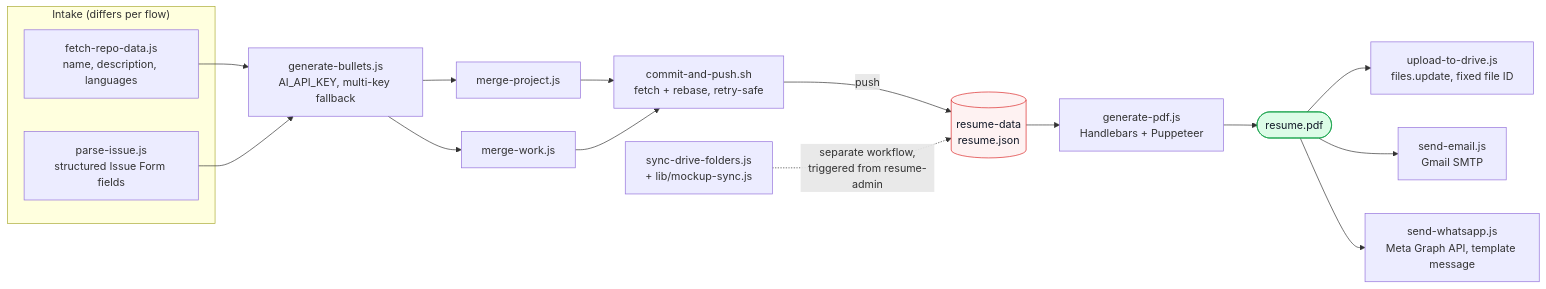
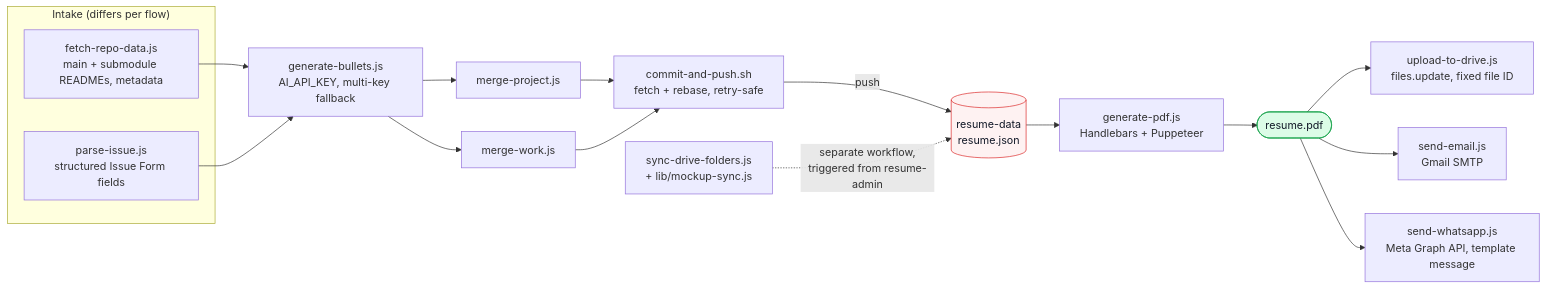
One commit to ChamathDilshanC/resume-core changed the second of 2 diagrams in README.md. Above: the diagram before and after it, drawn with Mermaid. The commit also changed other lines of this file and 16 other files, not shown here.

````diff
--- a/README.md
+++ b/README.md
@@ -67,29 +67,29 @@
 ```mermaid
 flowchart LR
     subgraph INTAKE["Intake (differs per flow)"]
-        FR["fetch-repo-data.js<br/>name, description, languages"]
+        FR["fetch-repo-data.js<br/>main + submodule READMEs, metadata"]
         PI["parse-issue.js<br/>structured Issue Form fields"]
     end
 
     FR --> GB["generate-bullets.js<br/>AI_API_KEY, multi-key fallback"]
     PI --> GB
 
     GB --> MP["merge-project.js"]
     GB --> MW["merge-work.js"]
 
     MP --> CP["commit-and-push.sh<br/>fetch + rebase, retry-safe"]
     MW --> CP
     CP -->|push| DATA[("resume-data<br/>resume.json")]
 
     DATA --> GEN["generate-pdf.js<br/>Handlebars + Puppeteer"]
     GEN --> PDF(["resume.pdf"])
 
     PDF --> UP["upload-to-drive.js<br/>files.update, fixed file ID"]
     PDF --> EM["send-email.js<br/>Gmail SMTP"]
     PDF --> WA["send-whatsapp.js<br/>Meta Graph API, template message"]
 
     SDF["sync-drive-folders.js<br/>+ lib/mockup-sync.js"] -.->|"separate workflow,<br/>triggered from resume-admin"| DATA
 
     style DATA fill:#fef2f2,stroke:#dc2626,color:#111827
     style PDF fill:#dcfce7,stroke:#16a34a,color:#111827
 ```
````
